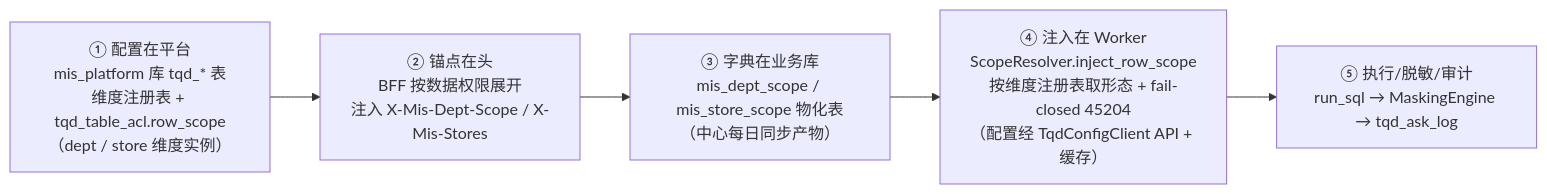
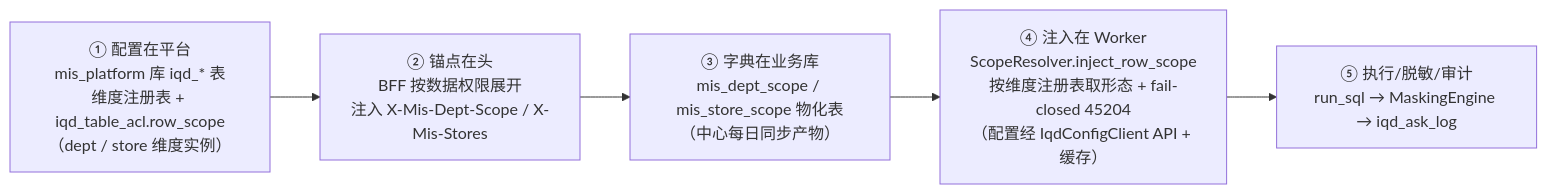
One commit to 13961588612/mis-platform changed the third of 11 diagrams in docs/ai-fusion/wrenai/architecture.md. Above: the diagram before and after it, drawn with Mermaid. The commit also changed other lines of this file and 12 other files, not shown here.

First line of the commit message:
docs(wrenai): rename module/table prefix tqd -> iqd (mis-tqd -> mis-iqd, tqd_* -> iqd_*)

````diff
--- a/docs/ai-fusion/wrenai/architecture.md
+++ b/docs/ai-fusion/wrenai/architecture.md
@@ -1437,7 +1437,7 @@
 ```mermaid
 flowchart LR
-  A["① 配置在平台<br/>mis_platform 库 tqd_* 表<br/>维度注册表 + tqd_table_acl.row_scope<br/>（dept / store 维度实例）"] --> B["② 锚点在头<br/>BFF 按数据权限展开<br/>注入 X-Mis-Dept-Scope / X-Mis-Stores"]
+  A["① 配置在平台<br/>mis_platform 库 iqd_* 表<br/>维度注册表 + iqd_table_acl.row_scope<br/>（dept / store 维度实例）"] --> B["② 锚点在头<br/>BFF 按数据权限展开<br/>注入 X-Mis-Dept-Scope / X-Mis-Stores"]
   B --> C["③ 字典在业务库<br/>mis_dept_scope / mis_store_scope 物化表<br/>（中心每日同步产物）"]
-  C --> D["④ 注入在 Worker<br/>ScopeResolver.inject_row_scope<br/>按维度注册表取形态 + fail-closed 45204<br/>（配置经 TqdConfigClient API + 缓存）"]
-  D --> E["⑤ 执行/脱敏/审计<br/>run_sql → MaskingEngine → tqd_ask_log"]
+  C --> D["④ 注入在 Worker<br/>ScopeResolver.inject_row_scope<br/>按维度注册表取形态 + fail-closed 45204<br/>（配置经 IqdConfigClient API + 缓存）"]
+  D --> E["⑤ 执行/脱敏/审计<br/>run_sql → MaskingEngine → iqd_ask_log"]
 ```
````
